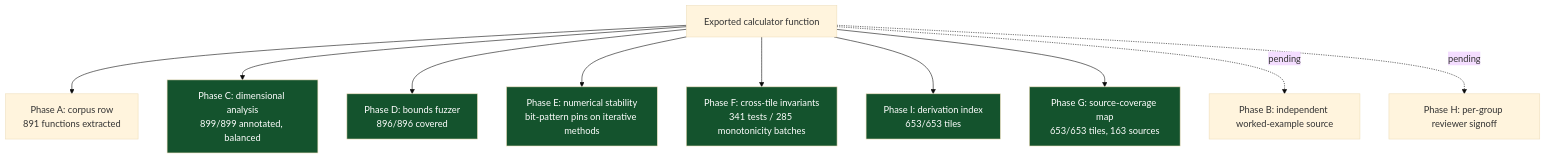
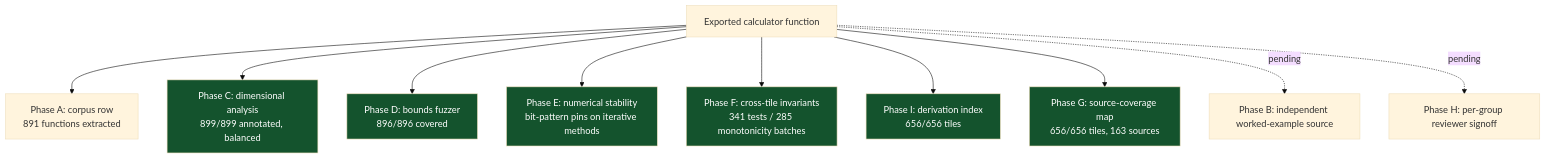
Before and after one commit to clay-good/roughlogic.com: the sixth of 8 diagrams in README.md, drawn with Mermaid (base theme). The commit also changed other lines of this file and 17 other files, not shown here.

````diff
--- a/README.md
+++ b/README.md
@@ -474,18 +474,18 @@
 ```mermaid
 flowchart TB
     F[Exported calculator function] --> A[Phase A: corpus row\n891 functions extracted]
     F --> C[Phase C: dimensional analysis\n899/899 annotated, balanced]
     F --> D[Phase D: bounds fuzzer\n896/896 covered]
     F --> E[Phase E: numerical stability\nbit-pattern pins on iterative methods]
     F --> Fa[Phase F: cross-tile invariants\n341 tests / 285 monotonicity batches]
-    F --> I[Phase I: derivation index\n653/653 tiles]
-    F --> G[Phase G: source-coverage map\n653/653 tiles, 163 sources]
+    F --> I[Phase I: derivation index\n656/656 tiles]
+    F --> G[Phase G: source-coverage map\n656/656 tiles, 163 sources]
     F -.pending.-> B[Phase B: independent worked-example source]
     F -.pending.-> H[Phase H: per-group reviewer signoff]
     style C fill:#14532d,color:#fff
     style D fill:#14532d,color:#fff
     style E fill:#14532d,color:#fff
     style Fa fill:#14532d,color:#fff
     style G fill:#14532d,color:#fff
     style I fill:#14532d,color:#fff
 ```
````
